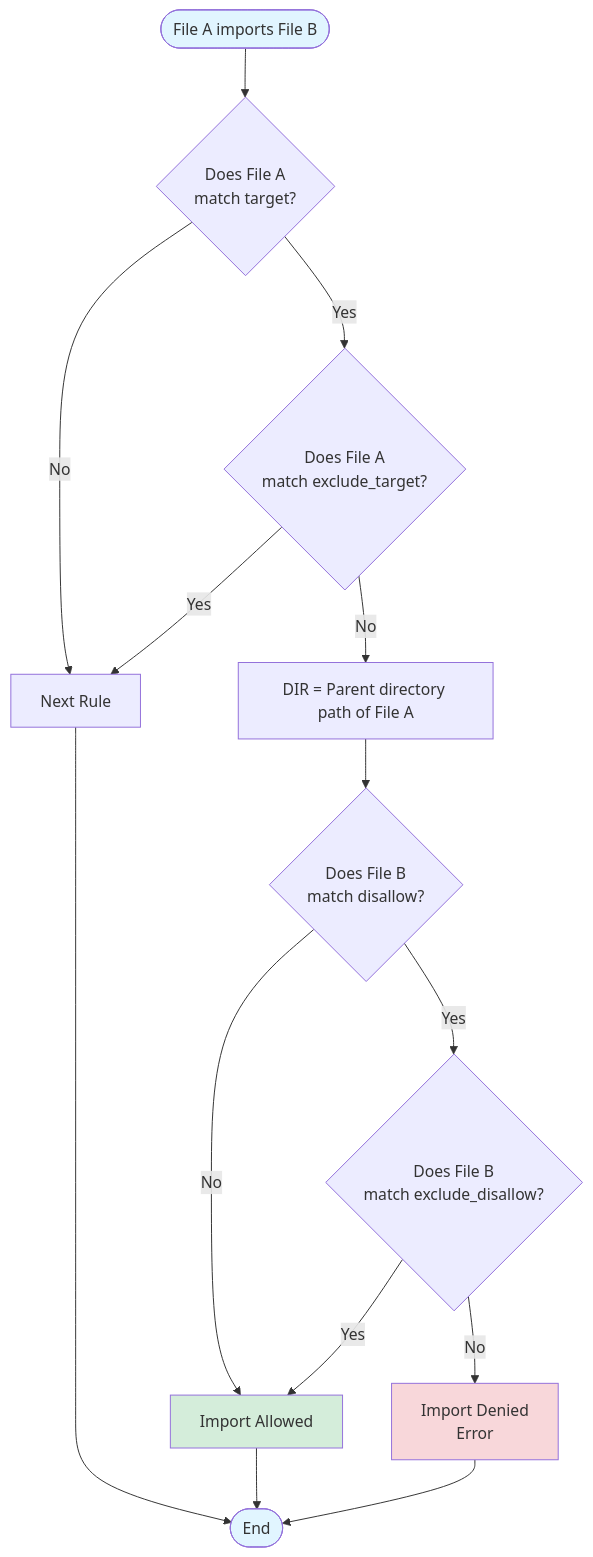
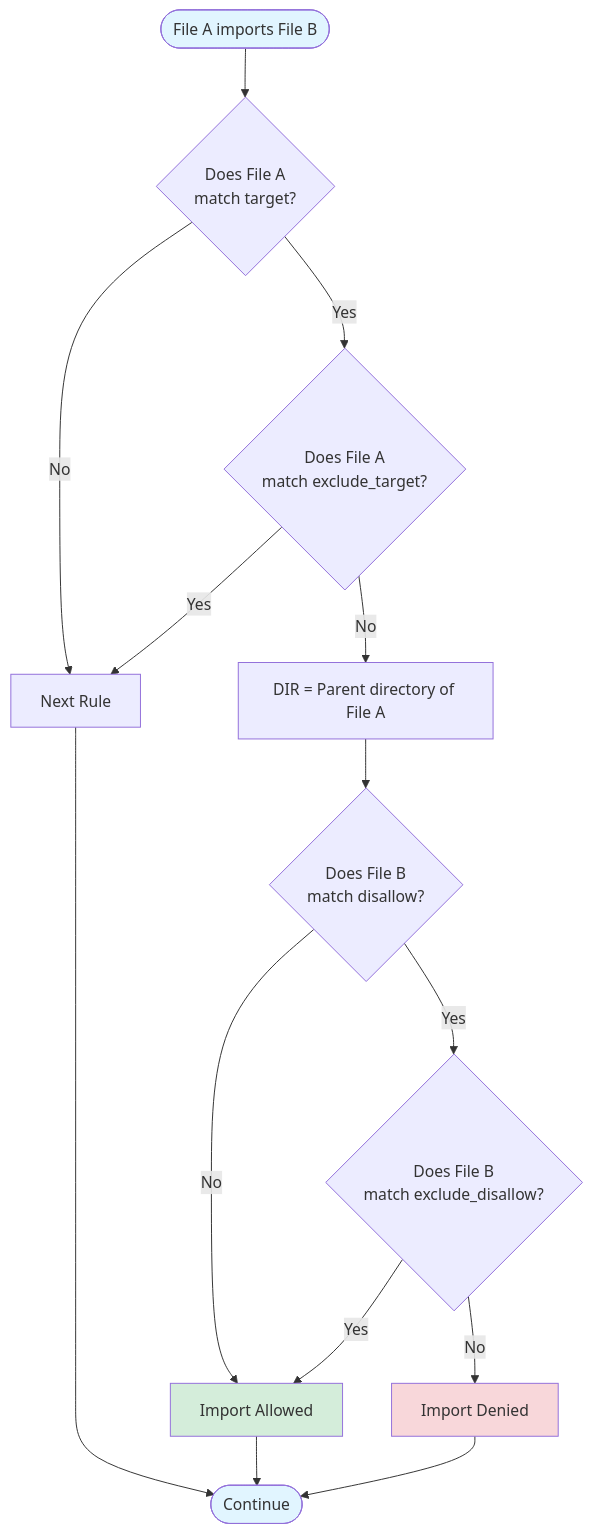
One commit to fujidaiti/import_rules changed the diagram in README.md. Above: the diagram before and after it, drawn with Mermaid. The commit also changed other lines of this file, not shown here.

````diff
--- a/README.md
+++ b/README.md
@@ -144,21 +219,21 @@
 ```mermaid
 flowchart TD
     Start([File A imports File B]) --> CheckTarget{Does File A<br/>match target?}
     CheckTarget -->|No| NextRule[Next Rule]
     CheckTarget -->|Yes| CheckExcludeTarget{Does File A<br/>match exclude_target?}
     CheckExcludeTarget -->|Yes| NextRule
-    CheckExcludeTarget -->|No| ExtractDIR[DIR = Parent directory path of File A]
+    CheckExcludeTarget -->|No| ExtractDIR[DIR = Parent directory of File A]
     ExtractDIR --> CheckDisallow{Does File B<br/>match disallow?}
     CheckDisallow -->|No| Allow[Import Allowed]
     CheckDisallow -->|Yes| CheckExcludeDisallow{Does File B<br/>match exclude_disallow?}
     CheckExcludeDisallow -->|Yes| Allow
-    CheckExcludeDisallow -->|No| Deny[Import Denied<br/>Error]
-    NextRule --> End([End])
+    CheckExcludeDisallow -->|No| Deny[Import Denied]
+    NextRule --> End([Continue])
     Allow --> End
     Deny --> End
-    
+
     style Start fill:#e1f5ff
     style End fill:#e1f5ff
     style Allow fill:#d4edda
     style Deny fill:#f8d7da
 ```
````
